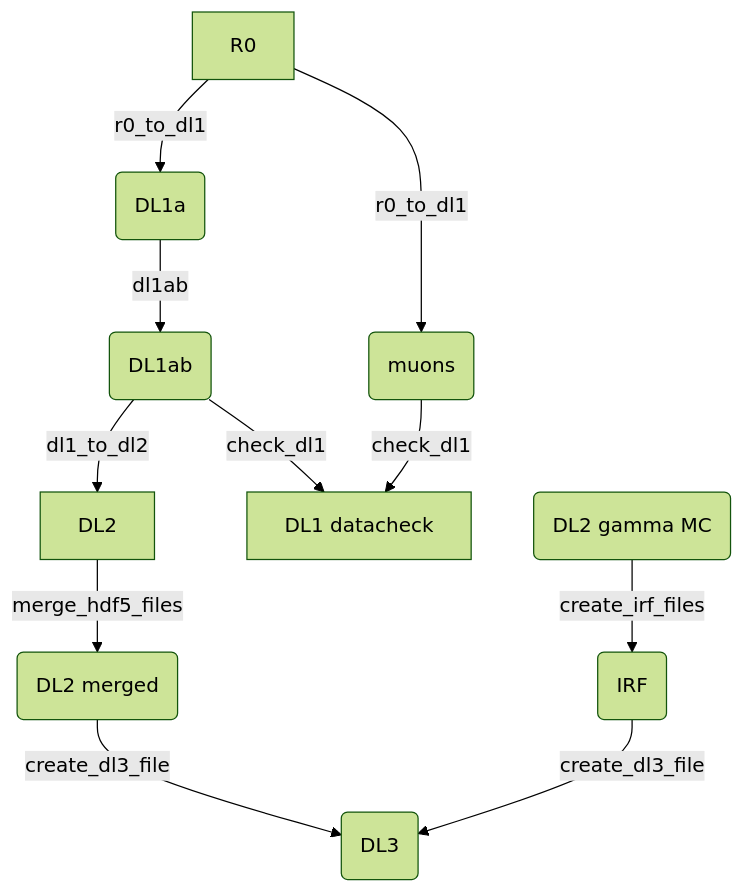
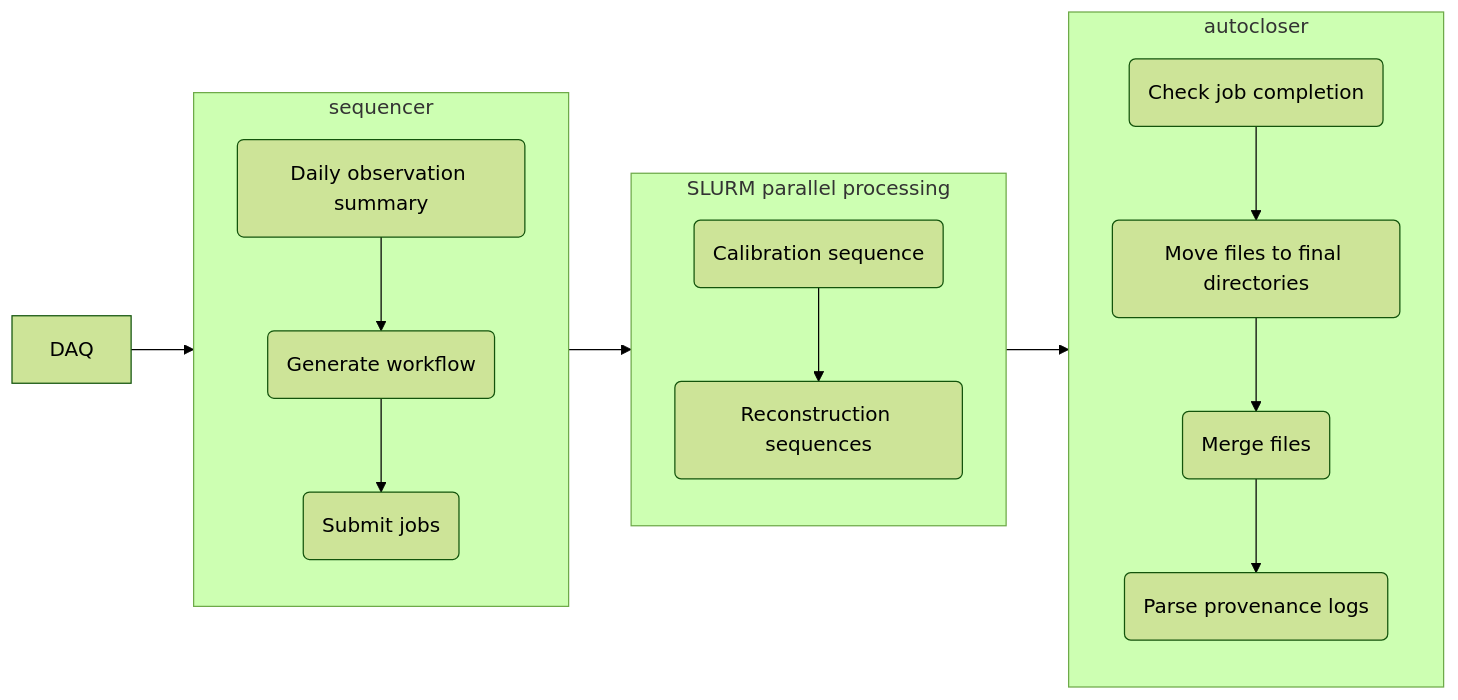
Before and after one commit to cta-observatory/lstosa: the first of 2 diagrams in README.md, drawn with Mermaid (forest theme). The commit also changed other lines of this file, not shown here.

````diff
--- a/README.md
+++ b/README.md
@@ -54,10 +48,33 @@
 ```mermaid
-graph TD
-    A[R0] -->|r0_to_dl1| B(DL1a) & C(muons)
-    B --> |dl1ab| D(DL1ab)
-    D --> |dl1_to_dl2| E[DL2]
-    D & C--> |check_dl1| F[DL1 datacheck]
-    E --> |merge_hdf5_files| G(DL2 merged)
-    G & J--> |create_dl3_file| H(DL3)
-    I(DL2 gamma MC) --> |create_irf_files| J(IRF)
+
+flowchart LR
+
+    daq --> osa_seq
+    osa_seq --> slurm --> osa_closer
+    daq[DAQ]
+
+
+    subgraph osa_seq [sequencer]
+        direction TB
+    A(Daily observation summary)
+    B(Generate workflow)
+    C(Submit jobs)
+    A --> B --> C
+    end
+
+    subgraph slurm [SLURM parallel processing]
+        direction TB
+    H(Calibration sequence)
+    I(Reconstruction sequences)
+    H --> I
+    end
+
+    subgraph osa_closer [autocloser]
+        direction TB
+    D(Check job completion)
+    E(Move files to final directories)
+    F(Merge files)
+    G(Parse provenance logs)
+    D --> E --> F --> G
+    end
 ```
````
